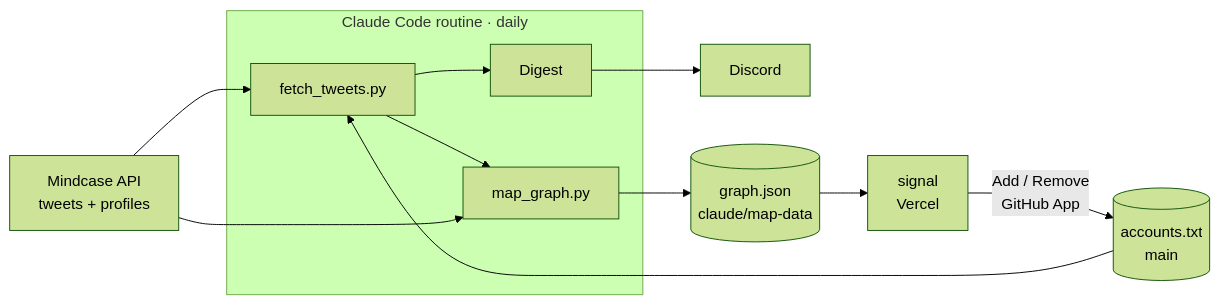
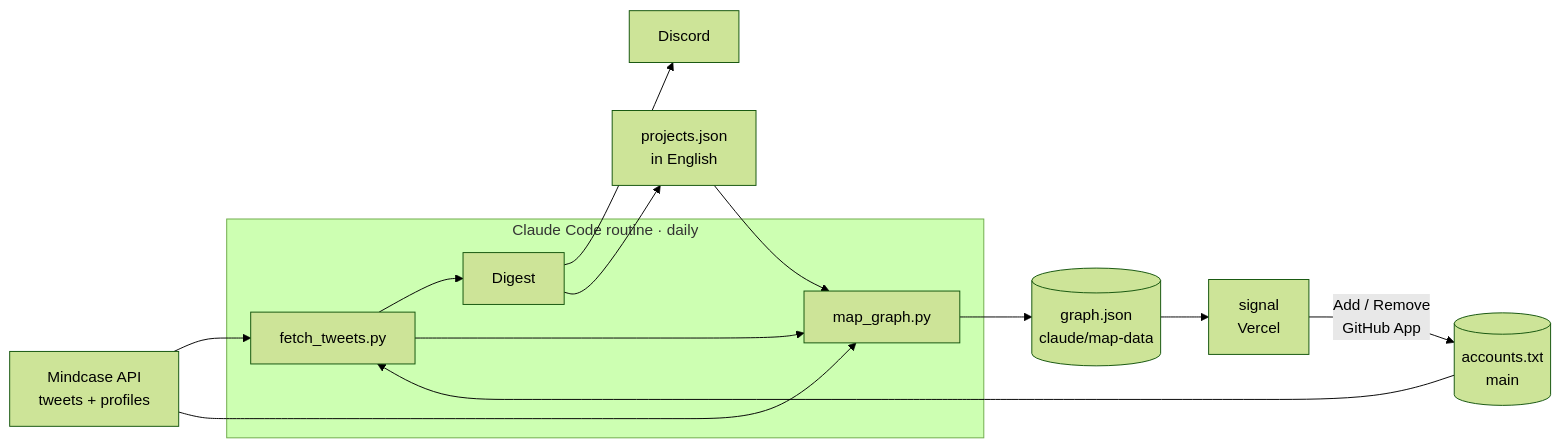
The diagram in README.md (paulvln1/twitter-monitoring), drawn with Mermaid (forest theme) before and after one commit. The commit also changed other lines of this file and 2 other files, not shown here.

First line of the commit message:
README : logo signal, emplacements des captures (map, compte, projet, admin, mobile), projets du jour dans l'architecture

````diff
--- a/README.md
+++ b/README.md
@@ -59,14 +61,16 @@
 ```mermaid
 flowchart LR
     subgraph Routine["Claude Code routine · daily"]
         F[fetch_tweets.py] --> D[Digest]
         F --> M[map_graph.py]
     end
     A[(accounts.txt<br/>main)] --> F
     X[Mindcase API<br/>tweets + profiles] --> F
     X --> M
     D --> DC[Discord]
+    D --> P[projects.json<br/>in English]
+    P --> M
     M --> B[(graph.json<br/>claude/map-data)]
     B --> S[signal<br/>Vercel]
     S -- "Add / Remove<br/>GitHub App" --> A
 ```
````
